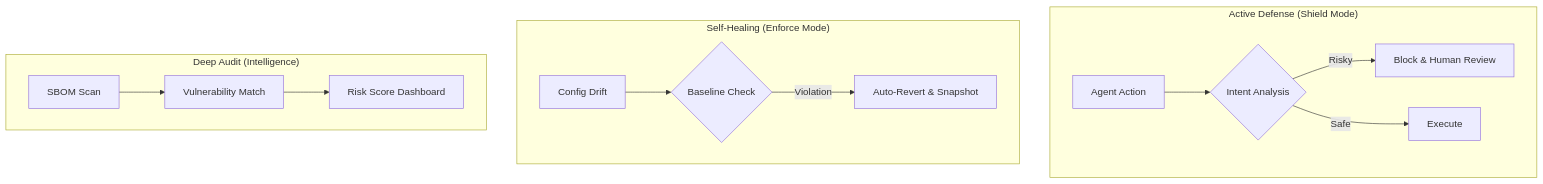
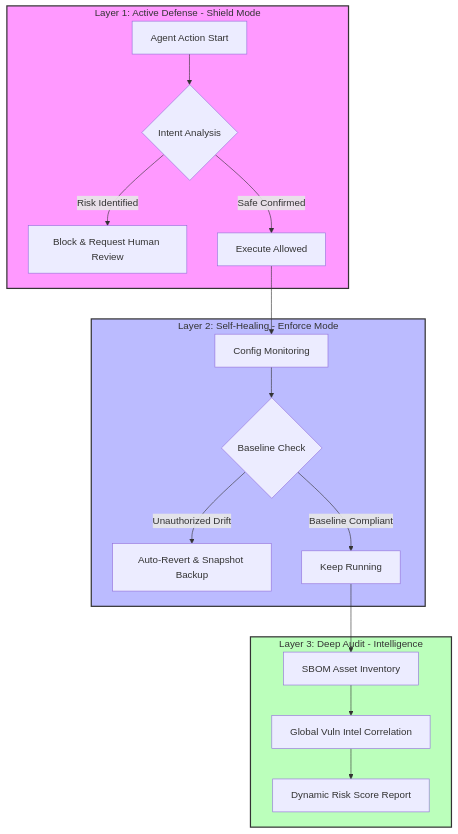
The diagram in README.md (lttcnly/openclaw-guardrails), drawn with Mermaid before and after one commit. The commit also changed other lines of this file and 1 other file, not shown here.

Commit message:
docs: adjust architecture diagram to vertical flow and add call for algorithm contributions

````diff
--- a/README.md
+++ b/README.md
@@ -36,18 +32,27 @@
 ```mermaid
 graph TD
-    subgraph "Active Defense (Shield Mode)"
-        A[Agent Action] --> B{Intent Analysis}
-        B -- Risky --> C[Block & Human Review]
-        B -- Safe --> D[Execute]
+    subgraph L1 [Layer 1: Active Defense - Shield Mode]
+        A[Agent Action Start] --> B{Intent Analysis}
+        B -- Risk Identified --> C[Block & Request Human Review]
+        B -- Safe Confirmed --> D[Execute Allowed]
     end
-    
-    subgraph "Self-Healing (Enforce Mode)"
-        E[Config Drift] --> F{Baseline Check}
-        F -- Violation --> G[Auto-Revert & Snapshot]
+
+    D --> E
+
+    subgraph L2 [Layer 2: Self-Healing - Enforce Mode]
+        E[Config Monitoring] --> F{Baseline Check}
+        F -- Unauthorized Drift --> G[Auto-Revert & Snapshot Backup]
+        F -- Baseline Compliant --> H[Keep Running]
     end
-    
-    subgraph "Deep Audit (Intelligence)"
-        H[SBOM Scan] --> I[Vulnerability Match]
-        I --> J[Risk Score Dashboard]
+
+    H --> I
+
+    subgraph L3 [Layer 3: Deep Audit - Intelligence]
+        I[SBOM Asset Inventory] --> J[Global Vuln Intel Correlation]
+        J --> K[Dynamic Risk Score Report]
     end
+
+    style L1 fill:#f9f,stroke:#333,stroke-width:2px
+    style L2 fill:#bbf,stroke:#333,stroke-width:2px
+    style L3 fill:#bfb,stroke:#333,stroke-width:2px
 ```
````
